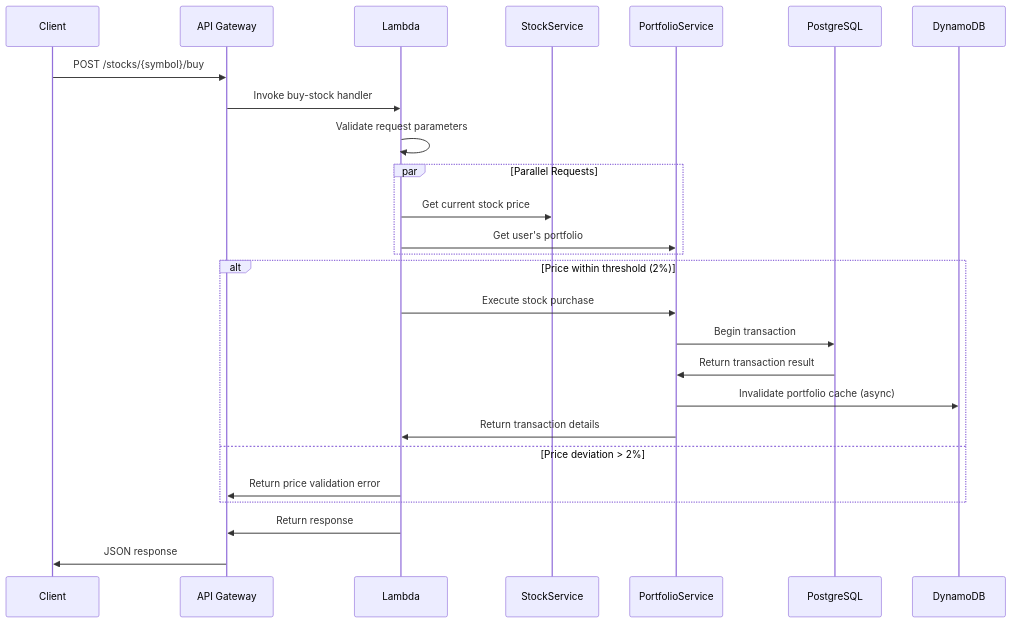
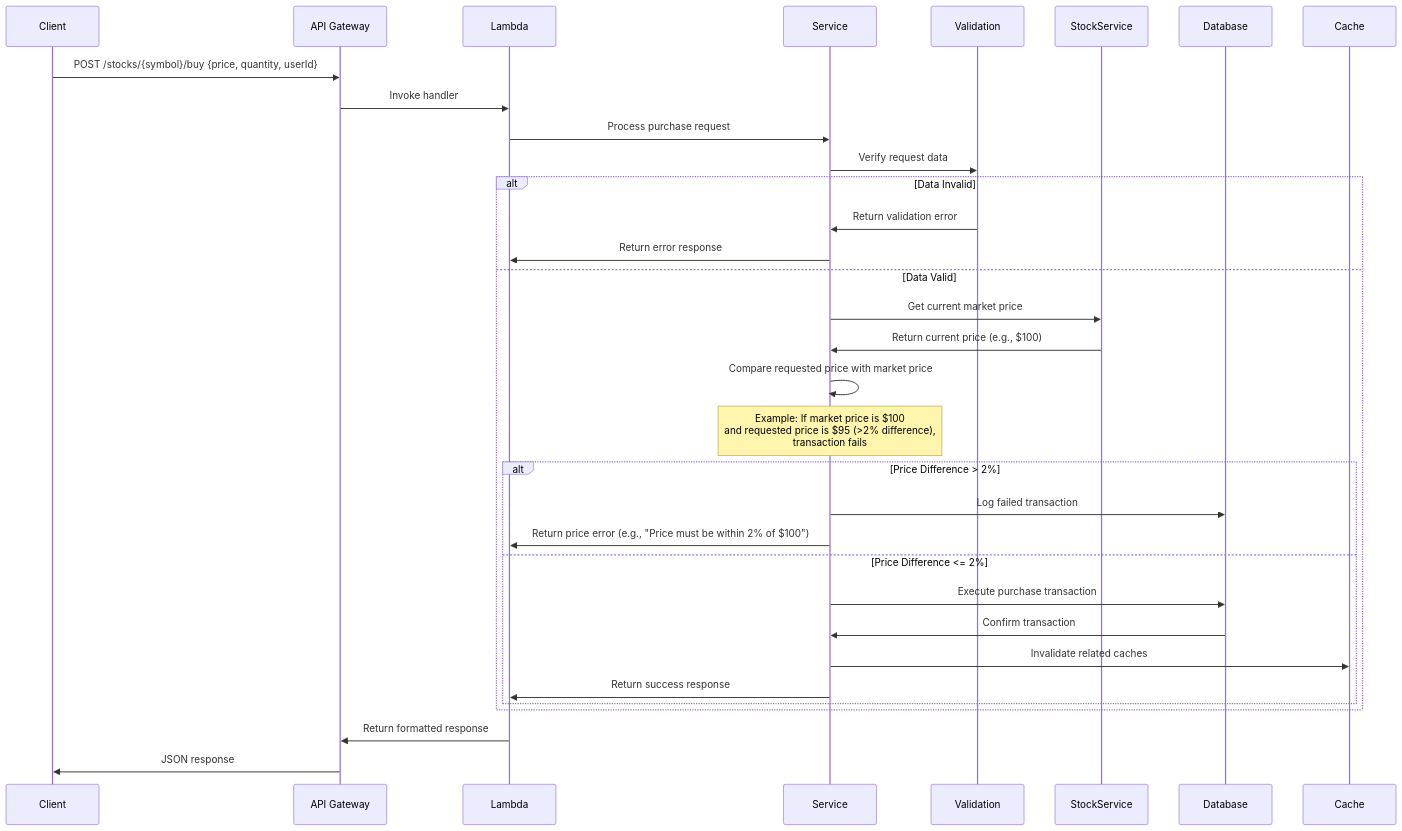
One commit to meca1/fuse-stock-trading-service changed the fourth of 5 diagrams in REPORT.md. Above: the diagram before and after it, drawn with Mermaid. The commit also changed other lines of this file and 1 other file, not shown here.

Commit message:
docs(README): add instructions for initializing stock tokens in DynamoDB and emphasize their importance for endpoint functionality; update buy stock endpoint documentation to clarify validation and transaction processes

````diff
--- a/REPORT.md
+++ b/REPORT.md
@@ -147,26 +147,35 @@
 ```mermaid
 sequenceDiagram
-    Client->>API Gateway: POST /stocks/{symbol}/buy
-    API Gateway->>Lambda: Invoke buy-stock handler
-    Lambda->>Lambda: Validate request parameters
+    Client->>API Gateway: POST /stocks/{symbol}/buy {price, quantity, userId}
+    API Gateway->>Lambda: Invoke handler
     
-    par Parallel Requests
-        Lambda->>StockService: Get current stock price
-        Lambda->>PortfolioService: Get user's portfolio
+    Lambda->>Service: Process purchase request
+    
+    Service->>Validation: Verify request data
+    
+    alt Data Invalid
+        Validation->>Service: Return validation error
+        Service->>Lambda: Return error response
+    else Data Valid
+        Service->>StockService: Get current market price
+        StockService->>Service: Return current price (e.g., $100)
+        
+        Service->>Service: Compare requested price with market price
+        Note over Service: Example: If market price is $100<br>and requested price is $95 (>2% difference),<br>transaction fails
+        
+        alt Price Difference > 2%
+            Service->>Database: Log failed transaction
+            Service->>Lambda: Return price error (e.g., "Price must be within 2% of $100")
+        else Price Difference <= 2%
+            Service->>Database: Execute purchase transaction
+            Database->>Service: Confirm transaction
+            
+            Service->>Cache: Invalidate related caches
+            
+            Service->>Lambda: Return success response
+        end
     end
     
-    alt Price within threshold (2%)
-        Lambda->>PortfolioService: Execute stock purchase
-        PortfolioService->>PostgreSQL: Begin transaction
-        PostgreSQL->>PortfolioService: Return transaction result
-        
-        PortfolioService->>DynamoDB: Invalidate portfolio cache (async)
-        
-        PortfolioService->>Lambda: Return transaction details
-    else Price deviation > 2%
-        Lambda->>API Gateway: Return price validation error
-    end
-    
-    Lambda->>API Gateway: Return response
+    Lambda->>API Gateway: Return formatted response
     API Gateway->>Client: JSON response
 ```
````
